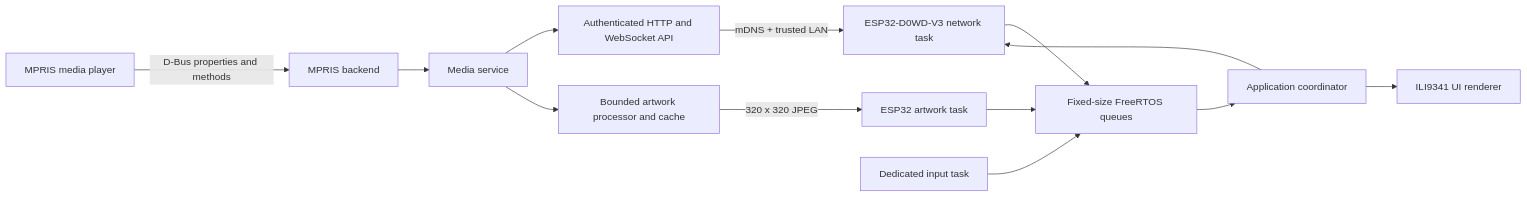
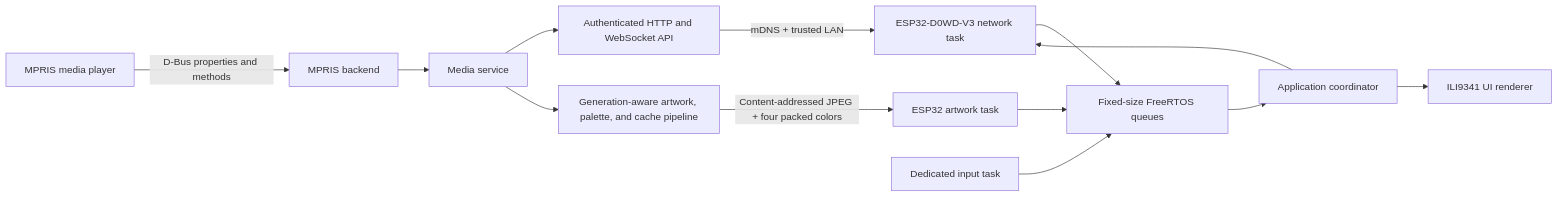
The first of 2 diagrams in docs/ARCHITECTURE.md (snowpyn/deskwave), drawn with Mermaid before and after one commit. The commit also changed other lines of this file and 41 other files, not shown here.

````diff
--- a/docs/ARCHITECTURE.md
+++ b/docs/ARCHITECTURE.md
@@ -8,15 +8,15 @@
 ```mermaid
 flowchart LR
     Player["MPRIS media player"] -->|"D-Bus properties and methods"| Backend["MPRIS backend"]
     Backend --> Service["Media service"]
     Service --> API["Authenticated HTTP and WebSocket API"]
-    Service --> Art["Bounded artwork processor and cache"]
+    Service --> Art["Generation-aware artwork, palette, and cache pipeline"]
     API -->|"mDNS + trusted LAN"| Net["ESP32-D0WD-V3 network task"]
-    Art -->|"320 x 320 JPEG"| Artwork["ESP32 artwork task"]
+    Art -->|"Content-addressed JPEG + four packed colors"| Artwork["ESP32 artwork task"]
     Net --> Queues["Fixed-size FreeRTOS queues"]
     Artwork --> Queues
     Input["Dedicated input task"] --> Queues
     Queues --> App["Application coordinator"]
     App --> UI["ILI9341 UI renderer"]
     App --> Net
 ```
````
